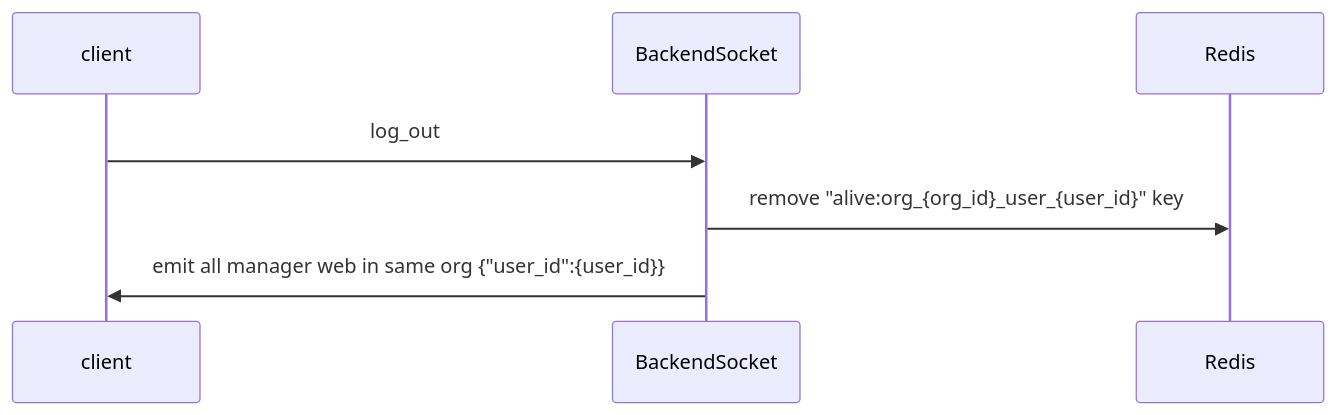
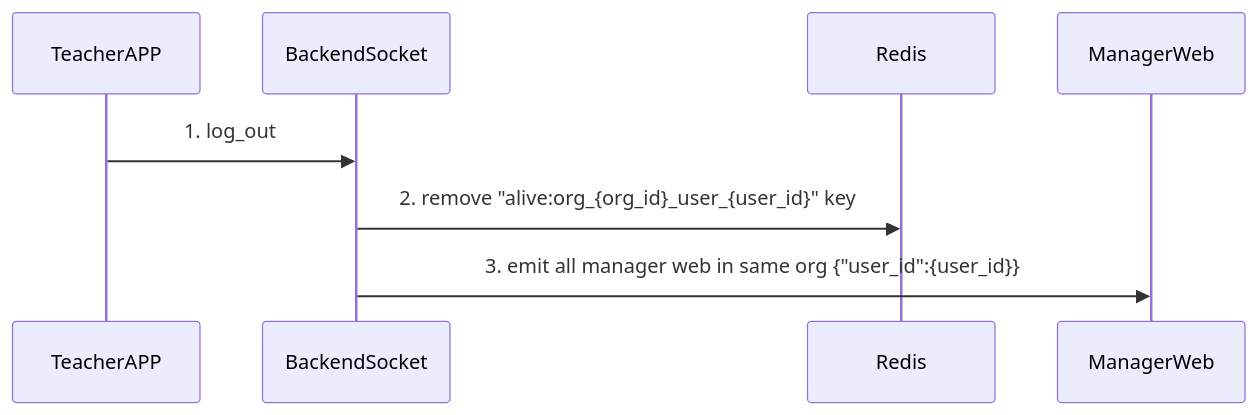
Before and after one commit to claire0613/ocelot_docs: diagram 14 of 16 in socket_event.md, drawn with Mermaid. The commit also changed other lines of this file and 4 other files, not shown here.

````diff
--- a/socket_event.md
+++ b/socket_event.md
@@ -188,12 +329,14 @@
-```mermaid
-sequenceDiagram
+  ```mermaid
+  sequenceDiagram
 
-    participant A as client
-    participant B as BackendSocket
-    participant R as Redis
+      participant A as TeacherAPP
+      participant B as BackendSocket
+      participant R as Redis
+      participant M as ManagerWeb
 
-    A->>B: log_out
-    B->>R: remove "alive:org_{org_id}_user_{user_id}" key
-    B->>A: emit all manager web in same org  {"user_id":{user_id}}
 
-```
+      A->>B: 1. log_out
+      B->>R: 2. remove "alive:org_{org_id}_user_{user_id}" key
+      B->>M: 3. emit all manager web in same org  {"user_id":{user_id}}
+
+  ```
````
